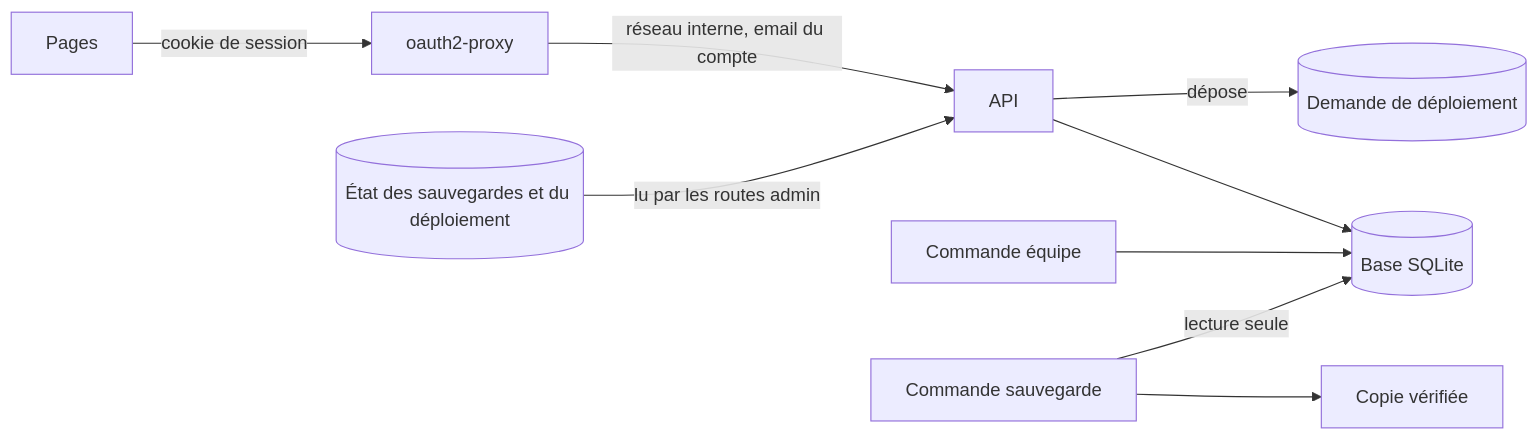
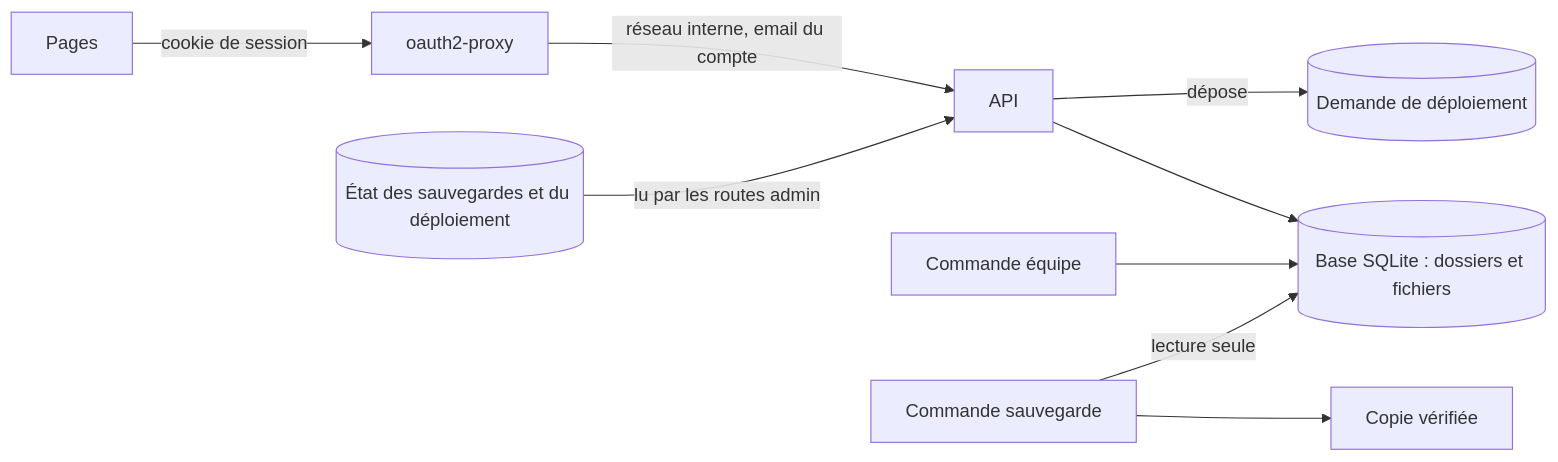
The first of 3 diagrams in hlyja/technique/api.humain.md (design-cpu/yeita-recrutement), drawn with Mermaid before and after one commit. The commit also changed other lines of this file and 20 other files, not shown here.

````diff
--- a/hlyja/technique/api.humain.md
+++ b/hlyja/technique/api.humain.md
@@ -19,11 +19,11 @@
 ```mermaid
 flowchart LR
   N[Pages] -->|cookie de session| P[oauth2-proxy]
   P -->|réseau interne, email du compte| A[API]
-  A --> D[(Base SQLite)]
+  A --> D[(Base SQLite : dossiers et fichiers)]
   C[Commande équipe] --> D
   S[Commande sauvegarde] -->|lecture seule| D
   S --> K[Copie vérifiée]
   E[(État des sauvegardes et du déploiement)] -->|lu par les routes admin| A
   A -->|dépose| Q[(Demande de déploiement)]
 ```
````
